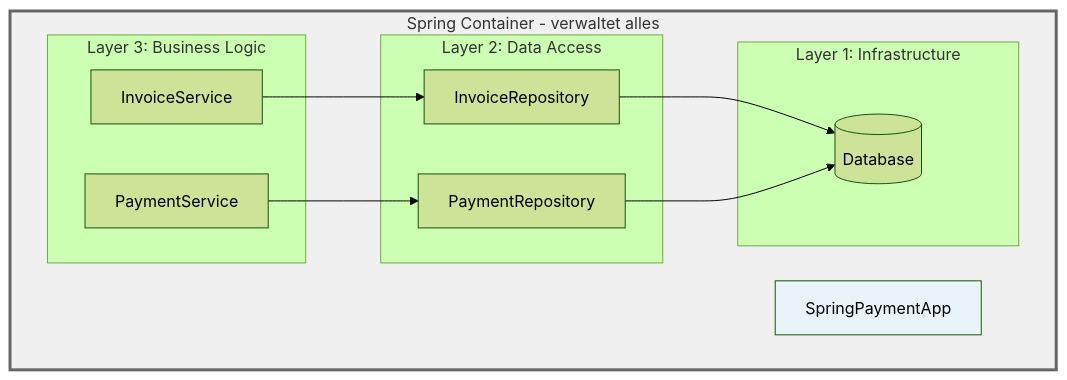
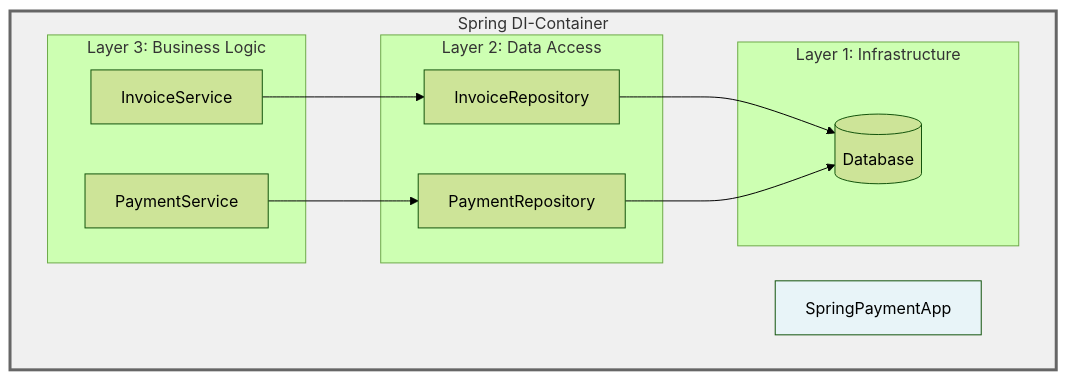
One commit to andreas-wagner-dev/object-oriented-learning-journey changed the first of 3 diagrams in blog/_draft/000_notes.md. Above: the diagram before and after it, drawn with Mermaid (forest theme). The commit also changed other lines of this file, not shown here.

````diff
--- a/blog/_draft/000_notes.md
+++ b/blog/_draft/000_notes.md
@@ -15,28 +14,28 @@
 ```mermaid
 graph TB
-    subgraph Container["Spring Container - verwaltet alles"]
+    subgraph Container["Spring DI-Container"]
         App[SpringPaymentApp]
         
         subgraph L3["Layer 3: Business Logic"]
             Invoice[InvoiceService]
             Payment[PaymentService]
         end
         
         subgraph L2["Layer 2: Data Access"]
             InvoiceRepo[InvoiceRepository]
             PaymentRepo[PaymentRepository]
         end
         
         subgraph L1["Layer 1: Infrastructure"]
             DB[(Database)]
         end
     end
     
     Invoice --> InvoiceRepo
     Payment --> PaymentRepo
     InvoiceRepo --> DB
     PaymentRepo --> DB
     
     style App fill:#e8f4f8
     style Container fill:#f0f0f0,stroke:#666,stroke-width:3px
 ```
````
